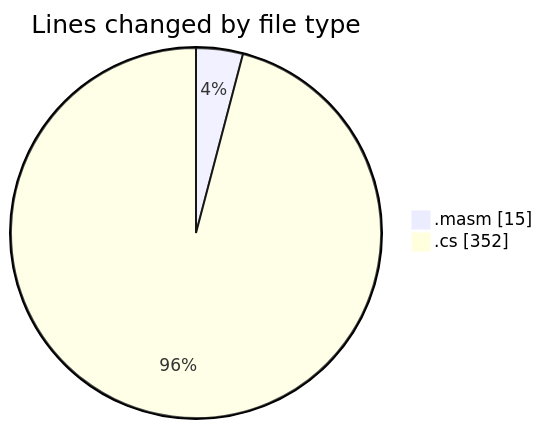
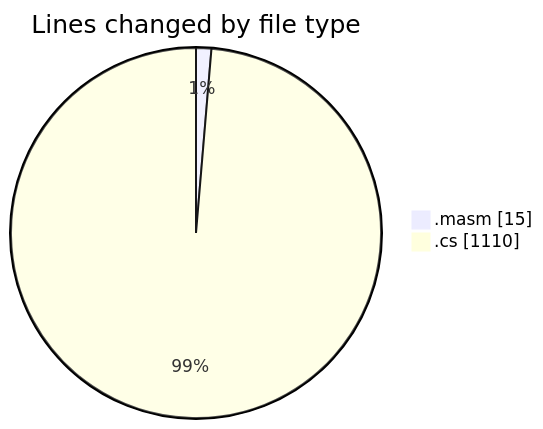
Before and after one commit to charlie-sans/code-tracking: the first of 2 diagrams in 2025-03-18/sharpmasm/README.md, drawn with Mermaid. The commit also changed other lines of this file and 1 other file, not shown here.

````diff
--- a/2025-03-18/sharpmasm/README.md
+++ b/2025-03-18/sharpmasm/README.md
@@ -21,6 +22,6 @@
 ```mermaid
 pie showData
 title Lines changed by file type
 ".masm" : 15
-".cs" : 352
+".cs" : 1110
 ```
````
